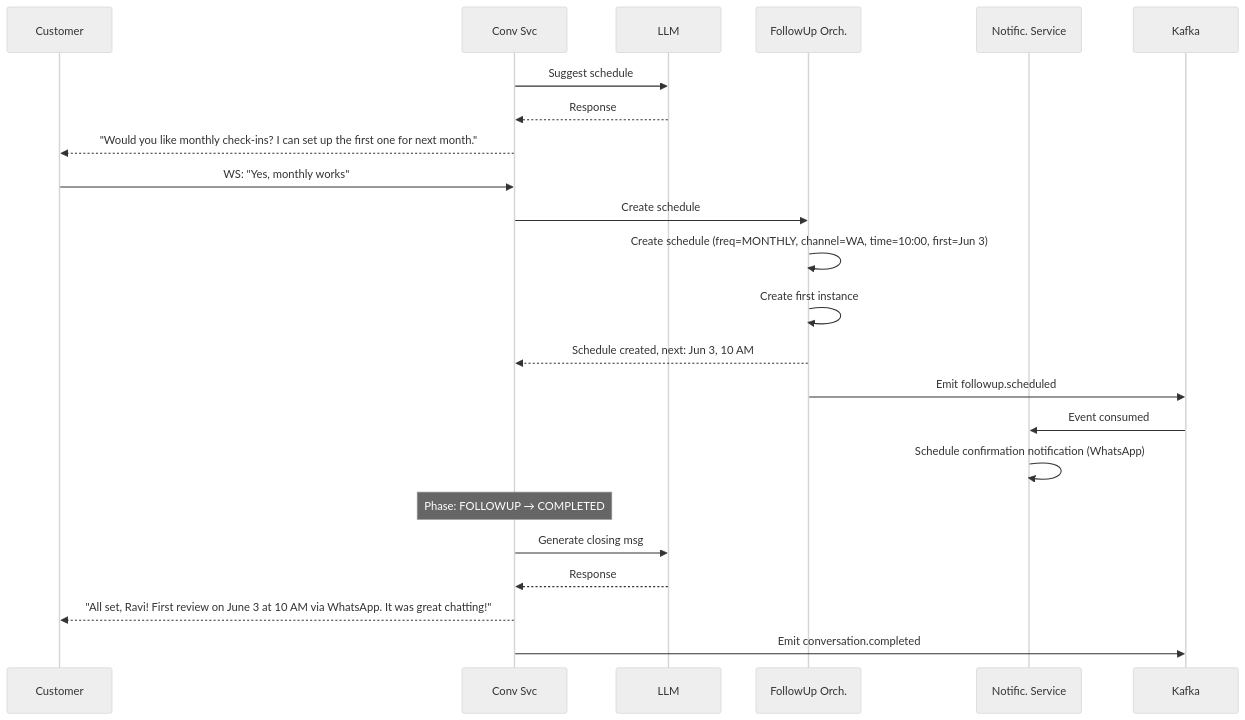
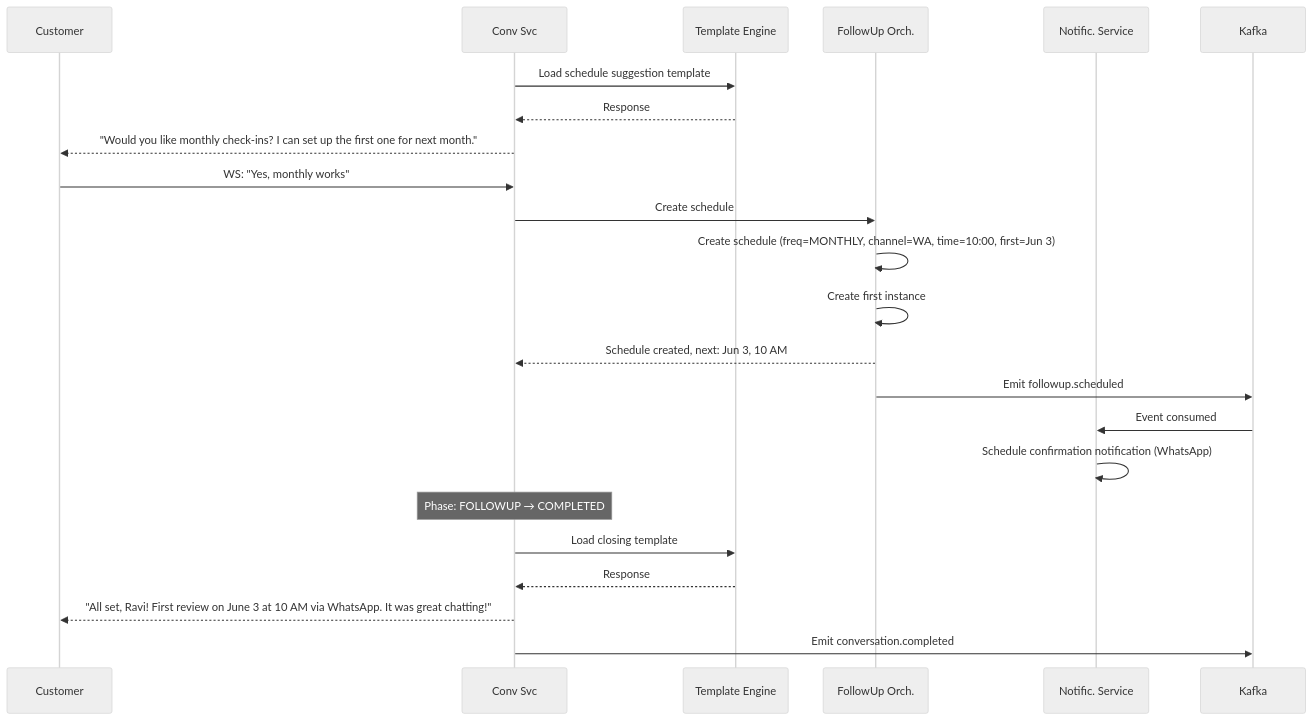
One commit to Cognition-Partner-Workshops/uc-framework-upgrade-monolith-to-microservices changed the eighth of 20 diagrams in docs/design/05-sequence-diagrams.md. Above: the diagram before and after it, drawn with Mermaid (neutral theme). The commit also changed other lines of this file and 4 other files, not shown here.

````diff
--- a/docs/design/05-sequence-diagrams.md
+++ b/docs/design/05-sequence-diagrams.md
@@ -260,29 +256,29 @@
 ```mermaid
 sequenceDiagram
     participant C as Customer
     participant CS as Conv Svc
-    participant LLM as LLM
+    participant TE as Template Engine
     participant FU as FollowUp Orch.
     participant NS as Notific. Service
     participant K as Kafka
 
-    CS->>LLM: Suggest schedule
-    LLM-->>CS: Response
+    CS->>TE: Load schedule suggestion template
+    TE-->>CS: Response
     CS-->>C: "Would you like monthly check-ins? I can set up the first one for next month."
 
     C->>CS: WS: "Yes, monthly works"
     CS->>FU: Create schedule
 
     FU->>FU: Create schedule (freq=MONTHLY, channel=WA, time=10:00, first=Jun 3)
     FU->>FU: Create first instance
     FU-->>CS: Schedule created, next: Jun 3, 10 AM
     FU->>K: Emit followup.scheduled
     K->>NS: Event consumed
     NS->>NS: Schedule confirmation notification (WhatsApp)
 
     Note over CS: Phase: FOLLOWUP → COMPLETED
-    CS->>LLM: Generate closing msg
-    LLM-->>CS: Response
+    CS->>TE: Load closing template
+    TE-->>CS: Response
     CS-->>C: "All set, Ravi! First review on June 3 at 10 AM via WhatsApp. It was great chatting!"
     CS->>K: Emit conversation.completed
 ```
````
